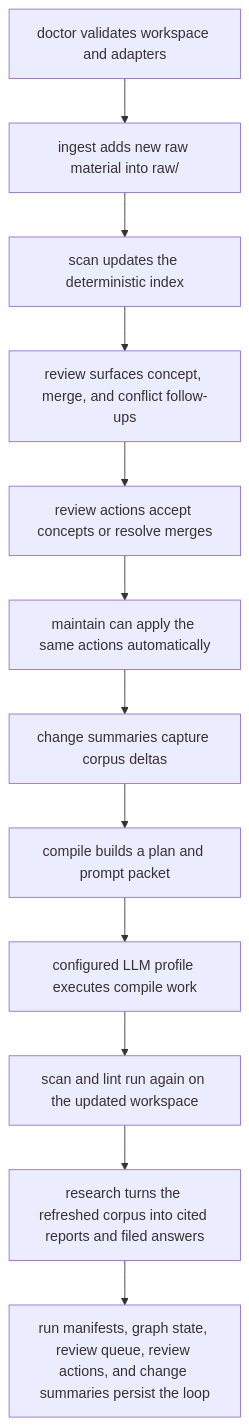
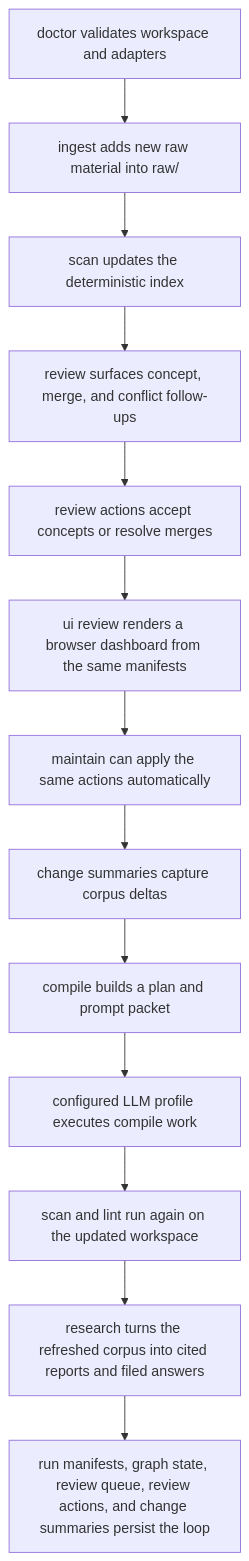
Before and after one commit to shrijacked/Cognisync: the diagram in docs/operator-workflows.md, drawn with Mermaid. The commit also changed other lines of this file and 2 other files, not shown here.

Commit message:
docs: map the review ui workflow

````diff
--- a/docs/operator-workflows.md
+++ b/docs/operator-workflows.md
@@ -18,14 +19,15 @@
 ```mermaid
 flowchart TD
     A["doctor validates workspace and adapters"] --> B["ingest adds new raw material into raw/"]
     B --> C["scan updates the deterministic index"]
     C --> D["review surfaces concept, merge, and conflict follow-ups"]
     D --> E["review actions accept concepts or resolve merges"]
-    E --> F["maintain can apply the same actions automatically"]
-    F --> G["change summaries capture corpus deltas"]
-    G --> H["compile builds a plan and prompt packet"]
-    H --> I["configured LLM profile executes compile work"]
-    I --> J["scan and lint run again on the updated workspace"]
-    J --> K["research turns the refreshed corpus into cited reports and filed answers"]
-    K --> L["run manifests, graph state, review queue, review actions, and change summaries persist the loop"]
+    E --> F["ui review renders a browser dashboard from the same manifests"]
+    F --> G["maintain can apply the same actions automatically"]
+    G --> H["change summaries capture corpus deltas"]
+    H --> I["compile builds a plan and prompt packet"]
+    I --> J["configured LLM profile executes compile work"]
+    J --> K["scan and lint run again on the updated workspace"]
+    K --> L["research turns the refreshed corpus into cited reports and filed answers"]
+    L --> M["run manifests, graph state, review queue, review actions, and change summaries persist the loop"]
 ```
````
